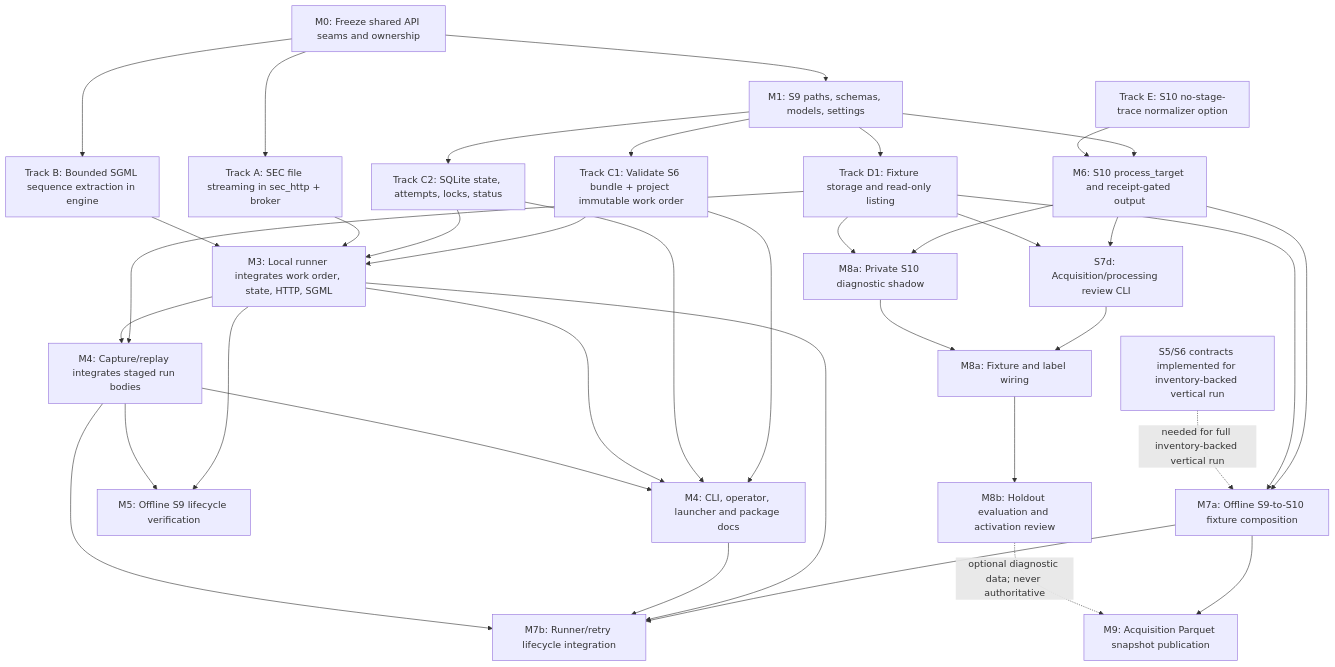
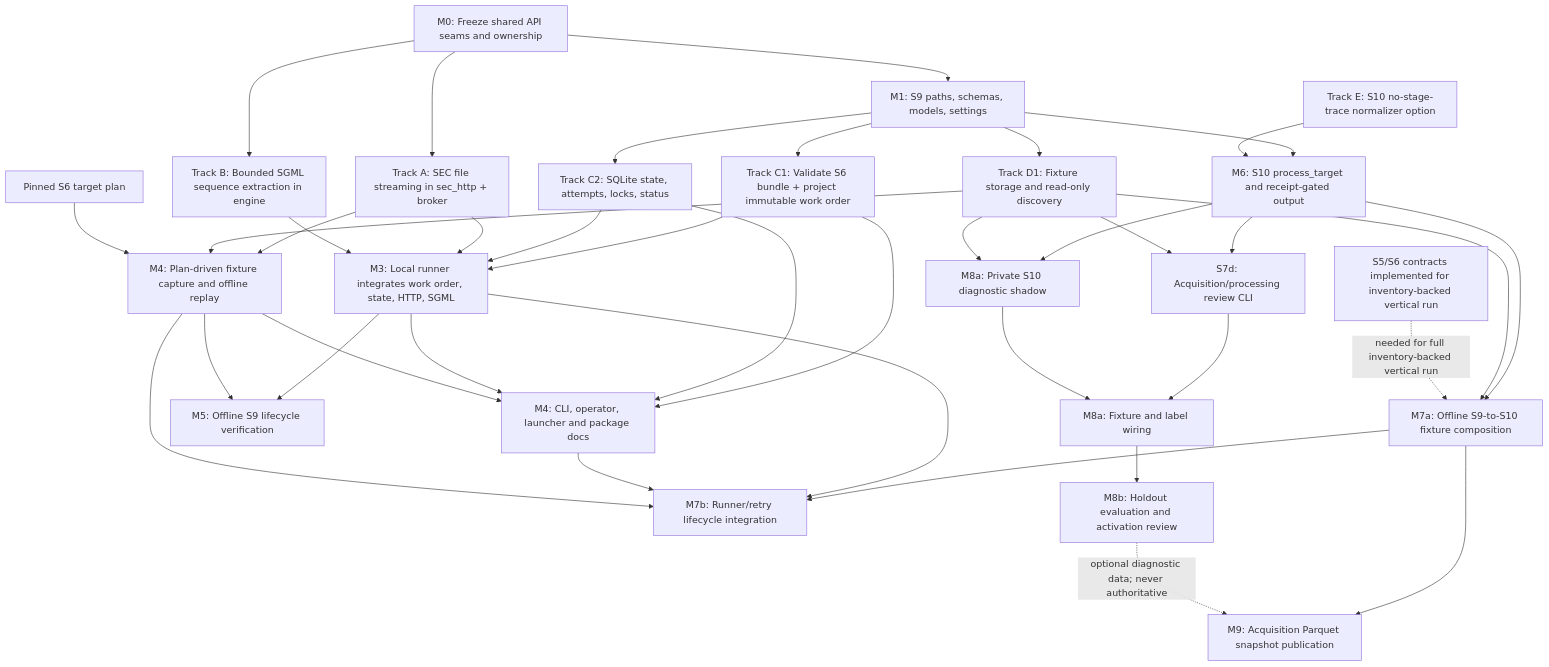
Before and after one commit to DerivedFunction01/edgar-sec: the diagram in roadmap/accession_document_flow/subplans/document_acquisition/plan.md, drawn with Mermaid. The commit also changed other lines of this file, not shown here.

Commit message:
docs: update document acquisition plan with decoupled M4 fixture capture and S6 plan dependencies

````diff
--- a/roadmap/accession_document_flow/subplans/document_acquisition/plan.md
+++ b/roadmap/accession_document_flow/subplans/document_acquisition/plan.md
@@ -139,61 +139,63 @@
 ```mermaid
 flowchart TD
     M0["M0: Freeze shared API seams and ownership"]
     M1["M1: S9 paths, schemas, models, settings"]
     HTTP["Track A: SEC file streaming in sec_http + broker"]
     SGML["Track B: Bounded SGML sequence extraction in engine"]
     PROJECT["Track C1: Validate S6 bundle + project immutable work order"]
     STATE["Track C2: SQLite state, attempts, locks, status"]
-    FIXSTORE["Track D1: Fixture storage and read-only listing"]
+    FIXSTORE["Track D1: Fixture storage and read-only discovery"]
     RUN["M3: Local runner integrates work order, state, HTTP, SGML"]
-    FIX["M4: Capture/replay integrates staged run bodies"]
+    FIX["M4: Plan-driven fixture capture and offline replay"]
+    S6PLAN["Pinned S6 target plan"]
     CLI["M4: CLI, operator, launcher and package docs"]
     NTRACE["Track E: S10 no-stage-trace normalizer option"]
     PROCESS["M6: S10 process_target and receipt-gated output"]
     S9GATE["M5: Offline S9 lifecycle verification"]
     GATE["M7a: Offline S9-to-S10 fixture composition"]
     RUN_GATE["M7b: Runner/retry lifecycle integration"]
     S7D["S7d: Acquisition/processing review CLI"]
     EVAL["M8a: Private S10 diagnostic shadow"]
     REVIEW["M8a: Fixture and label wiring"]
     TAXON["M8b: Holdout evaluation and activation review"]
     PUB["M9: Acquisition Parquet snapshot publication"]
     UPSTREAM["S5/S6 contracts implemented for inventory-backed vertical run"]
 
     M0 --> M1
     M0 --> HTTP
     M0 --> SGML
     M1 --> PROJECT
     M1 --> STATE
     M1 --> FIXSTORE
     M1 --> PROCESS
     NTRACE --> PROCESS
     PROJECT --> RUN
     STATE --> RUN
     HTTP --> RUN
     SGML --> RUN
+    HTTP --> FIX
     FIXSTORE --> FIX
-    RUN --> FIX
+    S6PLAN --> FIX
     PROCESS --> GATE
     FIXSTORE --> GATE
     GATE --> RUN_GATE
     RUN --> RUN_GATE
     CLI --> RUN_GATE
     FIX --> RUN_GATE
     RUN --> S9GATE
     FIX --> S9GATE
     PROJECT --> CLI
     STATE --> CLI
     RUN --> CLI
     FIX --> CLI
     PROCESS --> S7D
     FIXSTORE --> S7D
     PROCESS --> EVAL
     FIXSTORE --> EVAL
     S7D --> REVIEW
     EVAL --> REVIEW
     REVIEW --> TAXON
     GATE --> PUB
     TAXON -. "optional diagnostic data; never authoritative" .-> PUB
     UPSTREAM -. "needed for full inventory-backed vertical run" .-> GATE
 ```
````
